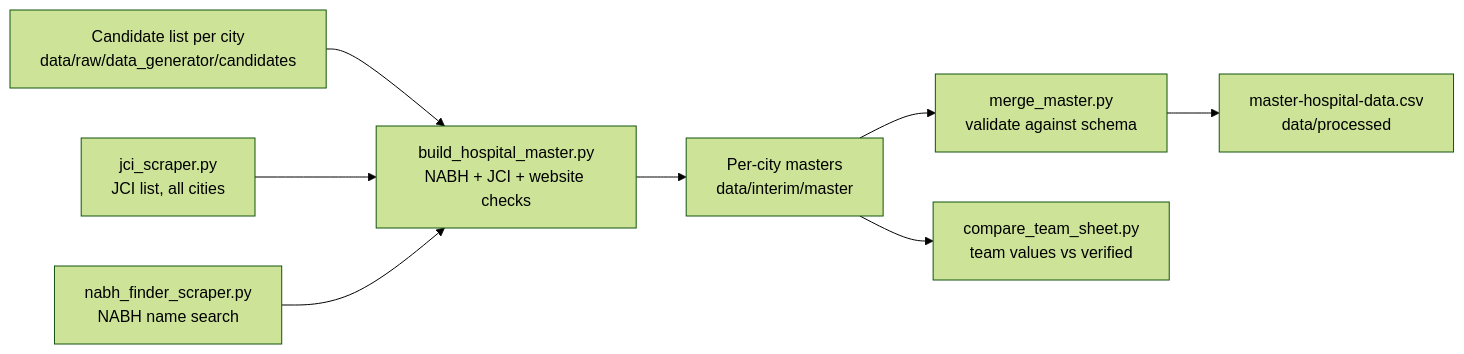
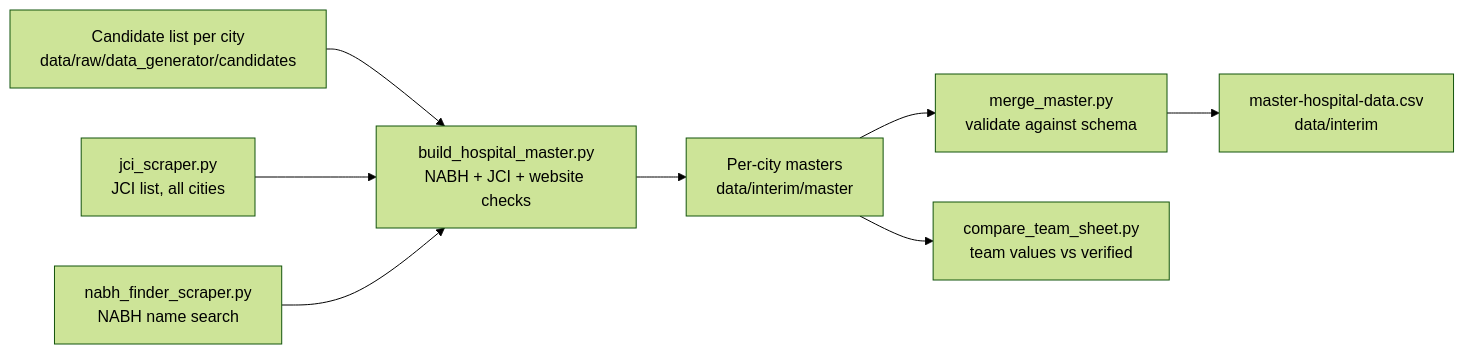
One commit to shubhamgithhub/MediRoute changed the diagram in README.md. Above: the diagram before and after it, drawn with Mermaid (forest theme). The commit also changed other lines of this file and 88 other files, not shown here.

````diff
--- a/README.md
+++ b/README.md
@@ -428,10 +429,10 @@
 ```mermaid
 flowchart LR
     A[Candidate list per city<br/>data/raw/data_generator/candidates] --> D
     B[jci_scraper.py<br/>JCI list, all cities] --> D
     C[nabh_finder_scraper.py<br/>NABH name search] --> D
     D[build_hospital_master.py<br/>NABH + JCI + website checks] --> E[Per-city masters<br/>data/interim/master]
     E --> F[merge_master.py<br/>validate against schema]
-    F --> G[master-hospital-data.csv<br/>data/processed]
+    F --> G[master-hospital-data.csv<br/>data/interim]
     E --> H[compare_team_sheet.py<br/>team values vs verified]
 ```
````
